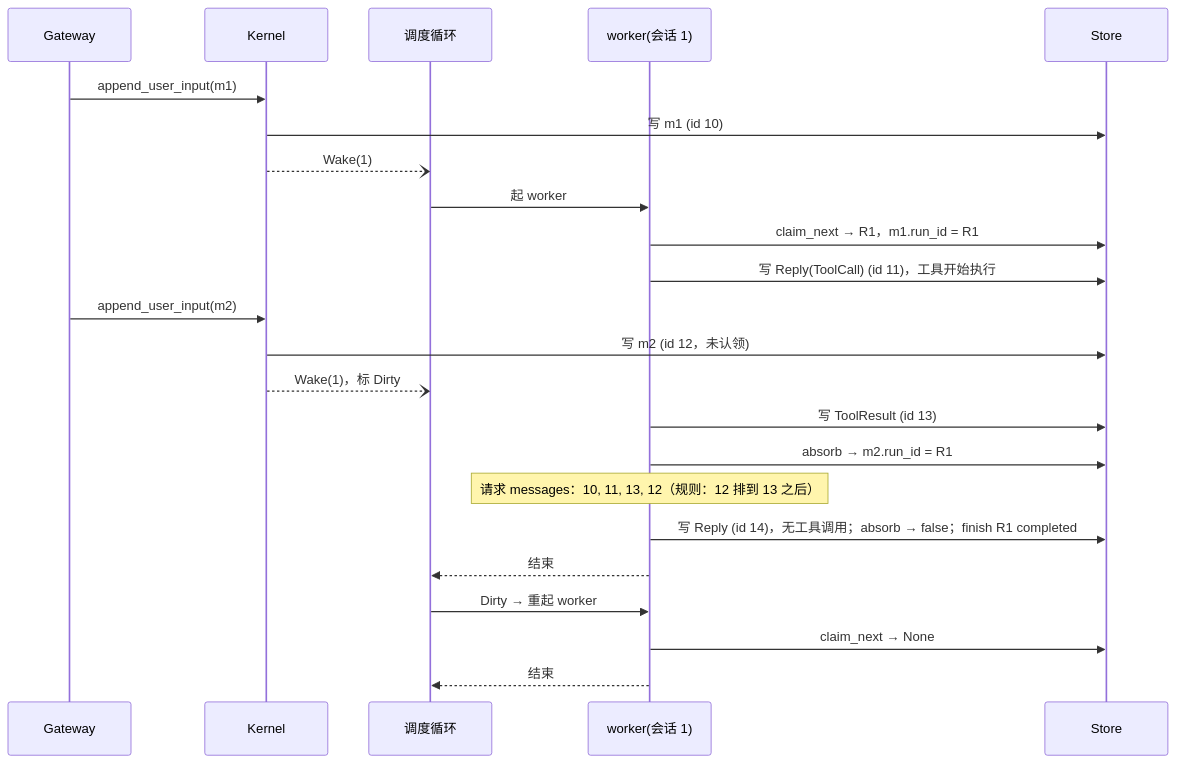
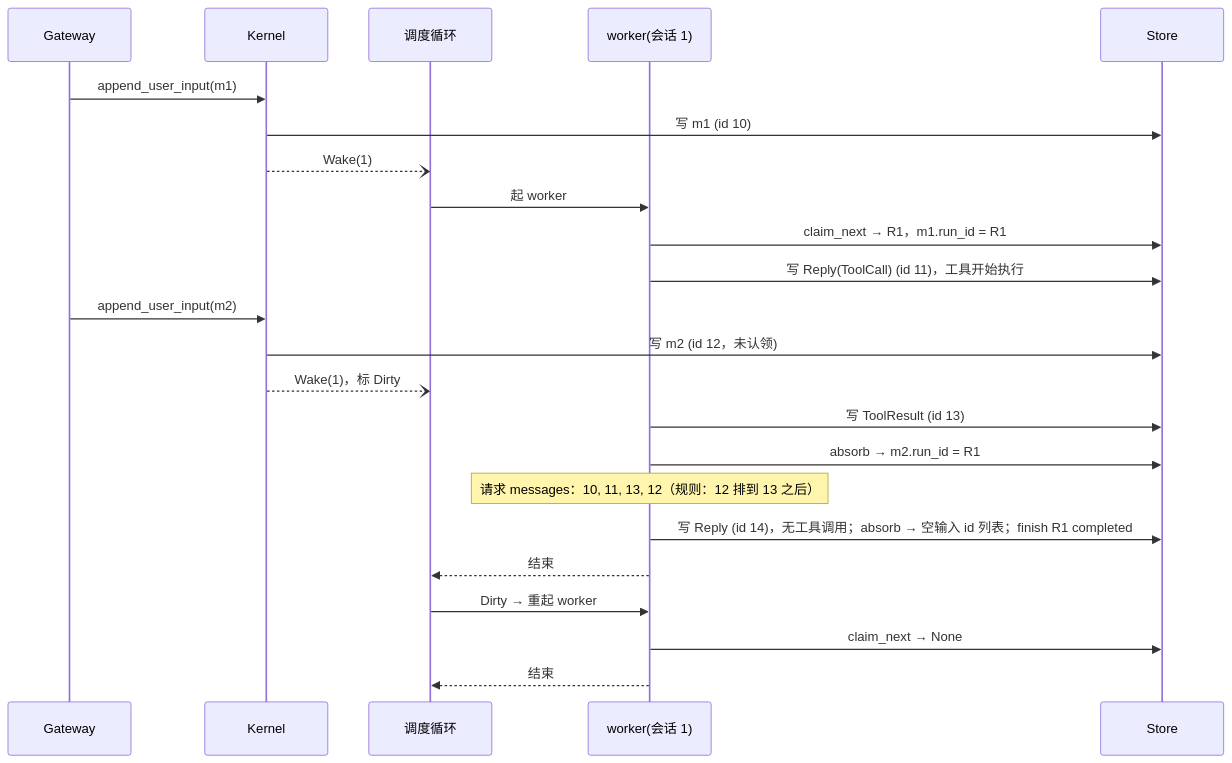
The third of 4 diagrams in docs/blueprints/run-execution.md (micsama/micnext), drawn with Mermaid before and after one commit. The commit also changed other lines of this file and 52 other files, not shown here.

````diff
--- a/docs/blueprints/run-execution.md
+++ b/docs/blueprints/run-execution.md
@@ -361,25 +362,25 @@
 ```mermaid
 sequenceDiagram
     participant G as Gateway
     participant K as Kernel
     participant S as 调度循环
     participant W as worker(会话 1)
     participant DB as Store
     G->>K: append_user_input(m1)
     K->>DB: 写 m1 (id 10)
     K--)S: Wake(1)
     S->>W: 起 worker
     W->>DB: claim_next → R1，m1.run_id = R1
     W->>DB: 写 Reply(ToolCall) (id 11)，工具开始执行
     G->>K: append_user_input(m2)
     K->>DB: 写 m2 (id 12，未认领)
     K--)S: Wake(1)，标 Dirty
     W->>DB: 写 ToolResult (id 13)
     W->>DB: absorb → m2.run_id = R1
     Note over W: 请求 messages：10, 11, 13, 12（规则：12 排到 13 之后）
-    W->>DB: 写 Reply (id 14)，无工具调用；absorb → false；finish R1 completed
+    W->>DB: 写 Reply (id 14)，无工具调用；absorb → 空输入 id 列表；finish R1 completed
     W-->>S: 结束
     S->>W: Dirty → 重起 worker
     W->>DB: claim_next → None
     W-->>S: 结束
 ```
````
